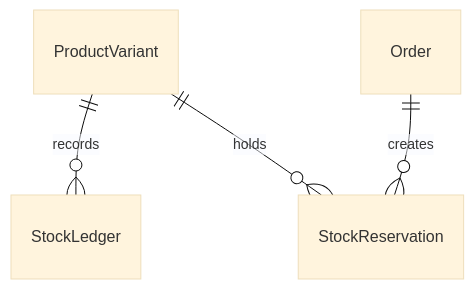
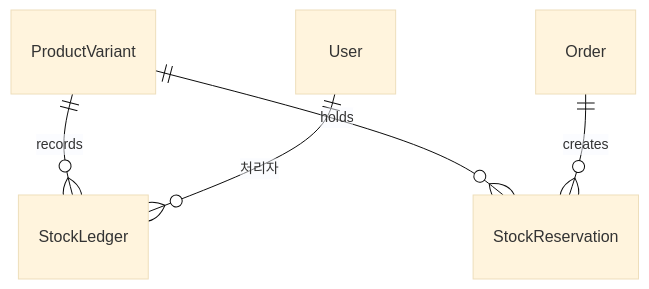
The third of 9 diagrams in docs/design/erd.md (presentY1897/demo-shopping), drawn with Mermaid (base theme) before and after one commit. The commit also changed other lines of this file, not shown here.

First line of the commit message:
docs: erd 3장을 원장이 있는 모양으로 다시 쓴다

````diff
--- a/docs/design/erd.md
+++ b/docs/design/erd.md
@@ -264,6 +264,7 @@
 ```mermaid
 erDiagram
     ProductVariant ||--o{ StockLedger : records
     ProductVariant ||--o{ StockReservation : holds
     Order ||--o{ StockReservation : creates
+    User ||--o{ StockLedger : "처리자"
 ```
````
